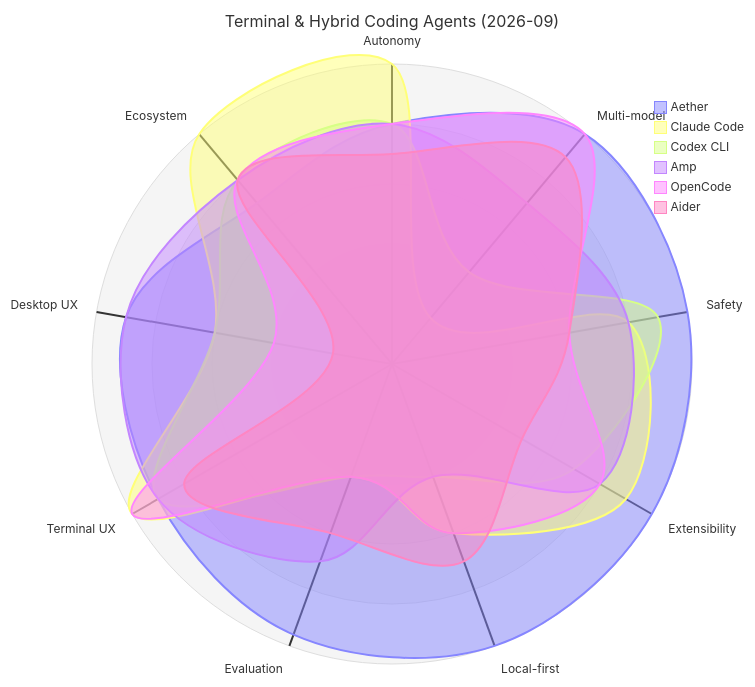
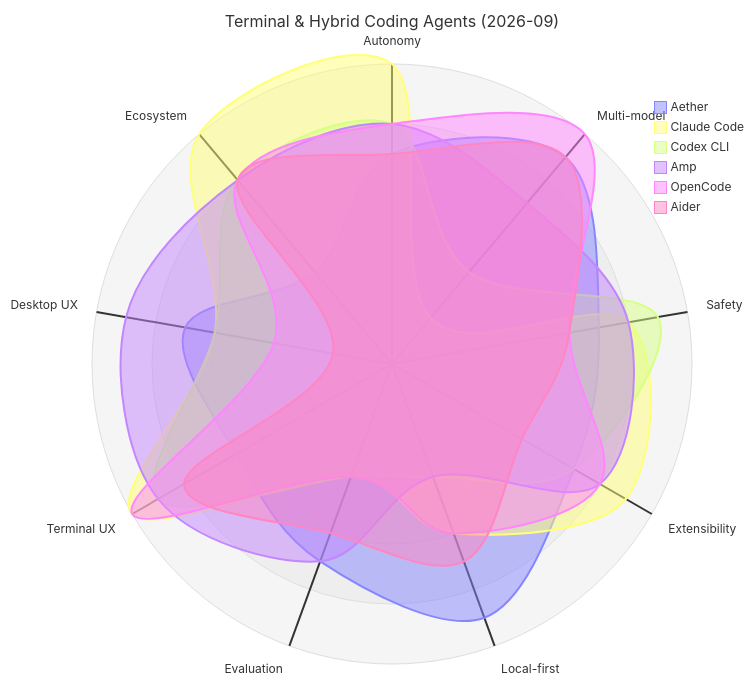
One commit to TQSY114514/Aether changed the first of 3 diagrams in docs/competitive-analysis.md. Above: the diagram before and after it, drawn with Mermaid. The commit also changed other lines of this file and 31 other files, not shown here.

````diff
--- a/docs/competitive-analysis.md
+++ b/docs/competitive-analysis.md
@@ -63,13 +64,13 @@
 ```mermaid
 radar-beta
   title Terminal & Hybrid Coding Agents (2026-09)
   axis aut["Autonomy"], mm["Multi-model"], saf["Safety"], ext["Extensibility"], loc["Local-first"], eva["Evaluation"], tux["Terminal UX"], dux["Desktop UX"], eco["Ecosystem"]
-  curve aether["Aether"]{4.0, 5.0, 5.0, 5.0, 5.0, 4.8, 4.5, 4.5, 3.5}
+  curve aether["Aether"]{3.5, 4.5, 3.5, 3.5, 4.5, 3.5, 3.0, 3.5, 2.0}
   curve claude["Claude Code"]{5.0, 1.0, 4.0, 4.5, 3.0, 2.0, 5.0, 3.0, 5.0}
   curve codex["Codex CLI"]{4.0, 2.0, 4.5, 3.5, 2.0, 2.0, 4.5, 3.0, 4.0}
   curve amp["Amp"]{4.0, 3.5, 4.0, 4.0, 2.0, 3.5, 4.5, 4.5, 4.0}
   curve opencode["OpenCode"]{4.0, 5.0, 3.0, 4.0, 3.0, 2.0, 5.0, 2.0, 4.0}
   curve aider["Aider"]{3.5, 4.5, 3.0, 2.5, 3.5, 3.0, 4.0, 1.0, 4.0}
   max 5
   min 0
 ```
````
